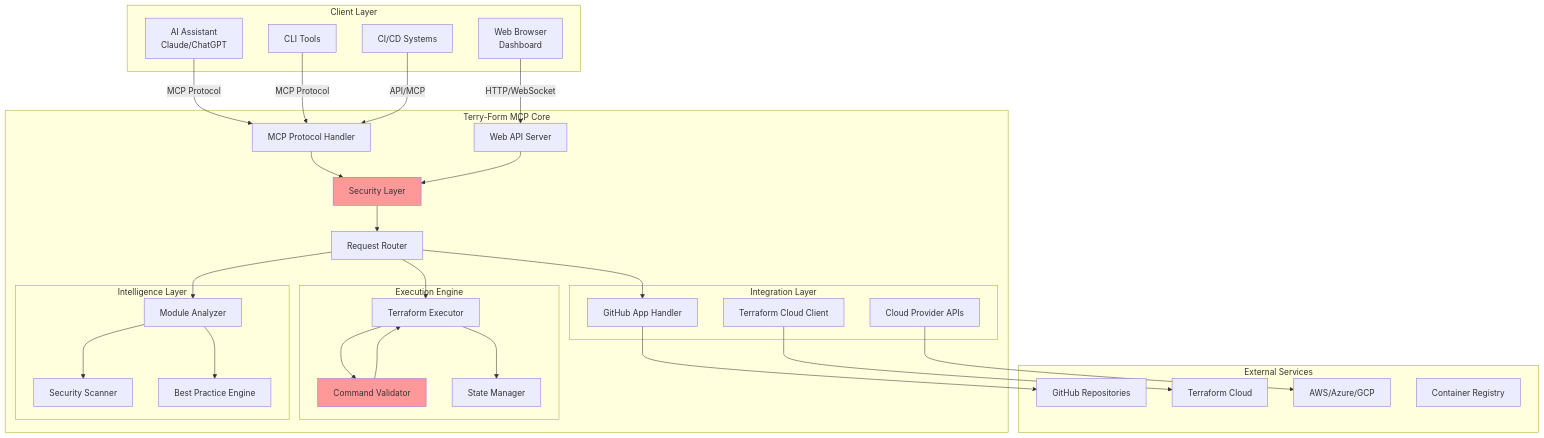
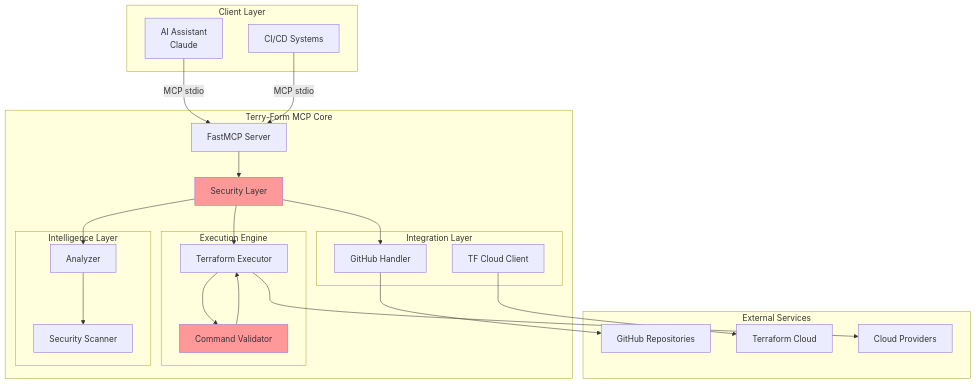
One commit to aj-geddes/terry-form-mcp changed the first of 7 diagrams in docs/_architecture/overview.md. Above: the diagram before and after it, drawn with Mermaid. The commit also changed other lines of this file and 80 other files, not shown here.

````diff
--- a/docs/_architecture/overview.md
+++ b/docs/_architecture/overview.md
@@ -13,68 +13,54 @@
 ```mermaid
 graph TB
     subgraph "Client Layer"
-        A[AI Assistant<br/>Claude/ChatGPT]
-        B[Web Browser<br/>Dashboard]
-        C[CLI Tools]
+        A[AI Assistant<br/>Claude]
         D[CI/CD Systems]
     end
-    
+
     subgraph "Terry-Form MCP Core"
-        E[MCP Protocol Handler]
-        F[Web API Server]
+        E[FastMCP Server]
         G[Security Layer]
-        H[Request Router]
-        
+
         subgraph "Execution Engine"
             I[Terraform Executor]
             J[Command Validator]
-            K[State Manager]
         end
-        
+
         subgraph "Integration Layer"
-            L[GitHub App Handler]
-            M[Cloud Provider APIs]
-            N[Terraform Cloud Client]
+            L[GitHub Handler]
+            N[TF Cloud Client]
         end
-        
+
         subgraph "Intelligence Layer"
-            O[Module Analyzer]
+            O[Analyzer]
             P[Security Scanner]
-            Q[Best Practice Engine]
         end
     end
-    
+
     subgraph "External Services"
         R[GitHub Repositories]
         S[Terraform Cloud]
-        T[AWS/Azure/GCP]
-        U[Container Registry]
+        T[Cloud Providers]
     end
-    
-    A -->|MCP Protocol| E
-    B -->|HTTP/WebSocket| F
-    C -->|MCP Protocol| E
-    D -->|API/MCP| E
-    
+
+    A -->|MCP stdio| E
+    D -->|MCP stdio| E
+
     E --> G
-    F --> G
-    G --> H
-    
-    H --> I
-    H --> L
-    H --> O
-    
+
+    G --> I
+    G --> L
+    G --> O
+
     I --> J
-    I --> K
     J --> I
-    
+
     L --> R
-    M --> T
     N --> S
-    
+    I --> T
+
     O --> P
-    O --> Q
-    
+
     style G fill:#ff9999
     style J fill:#ff9999
 ```
````
